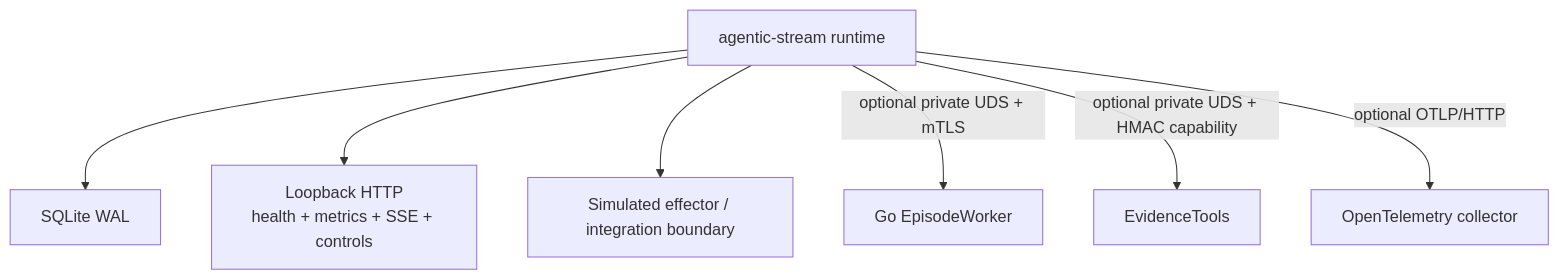
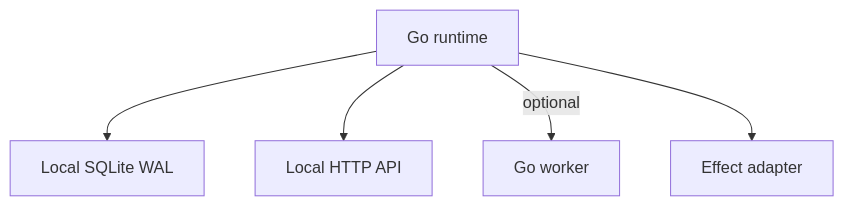
One commit to ghassan-ai-projects/agentic-stream changed the diagram in documentation/design/deployment-model.md. Above: the diagram before and after it, drawn with Mermaid. The commit also changed other lines of this file and 37 other files, not shown here.

Commit message:
docs: simplify diagrams and verify the learning and runtime guides

````diff
--- a/documentation/design/deployment-model.md
+++ b/documentation/design/deployment-model.md
@@ -9,9 +11,7 @@
 ```mermaid
-flowchart TB
-    R["agentic-stream runtime"] --> DB["SQLite WAL"]
-    R --> API["Loopback HTTP\nhealth + metrics + SSE + controls"]
-    R --> E["Simulated effector / integration boundary"]
-    R -->|optional private UDS + mTLS| W["Go EpisodeWorker"]
-    R -->|optional private UDS + HMAC capability| T["EvidenceTools"]
-    R -->|optional OTLP/HTTP| O["OpenTelemetry collector"]
+flowchart TD
+    R["Go runtime"] --> DB["Local SQLite WAL"]
+    R --> API["Local HTTP API"]
+    R -->|optional| W["Go worker"]
+    R --> E["Effect adapter"]
 ```
````
